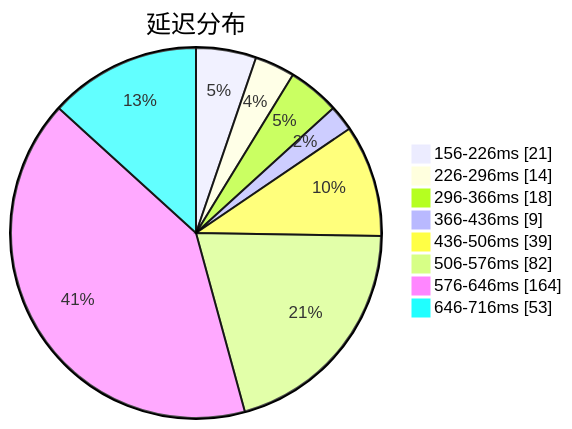
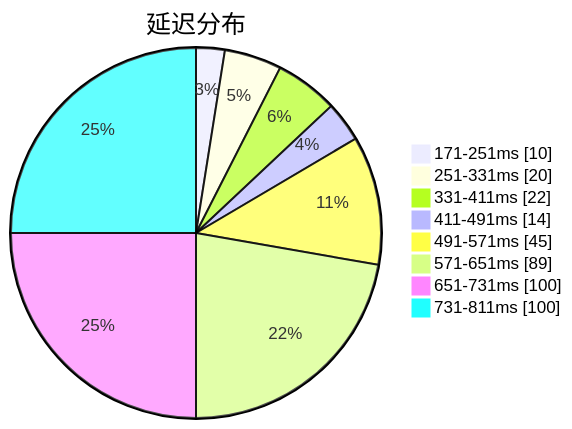
The first of 3 diagrams in subs/statistics/tested_within.md (qjlxg/airport), drawn with Mermaid before and after one commit. The commit also changed other lines of this file and 2 other files, not shown here.

Commit message:
Tested by metaST

````diff
--- a/subs/statistics/tested_within.md
+++ b/subs/statistics/tested_within.md
@@ -2,12 +2,12 @@
 ```mermaid
 pie showData
 title 延迟分布
-"156-226ms" : 21
-"226-296ms" : 14
-"296-366ms" : 18
-"366-436ms" : 9
-"436-506ms" : 39
-"506-576ms" : 82
-"576-646ms" : 164
-"646-716ms" : 53
+"171-251ms" : 10
+"251-331ms" : 20
+"331-411ms" : 22
+"411-491ms" : 14
+"491-571ms" : 45
+"571-651ms" : 89
+"651-731ms" : 100
+"731-811ms" : 100
 ```
````
